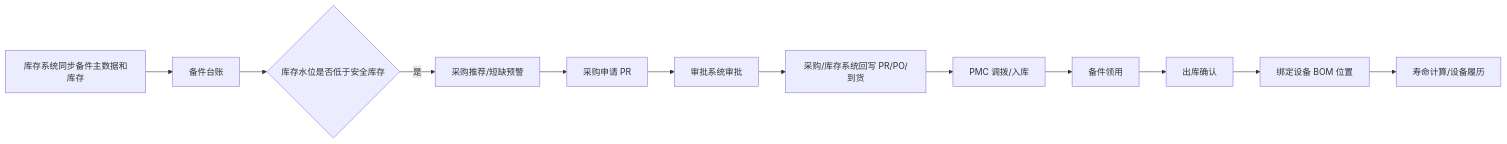
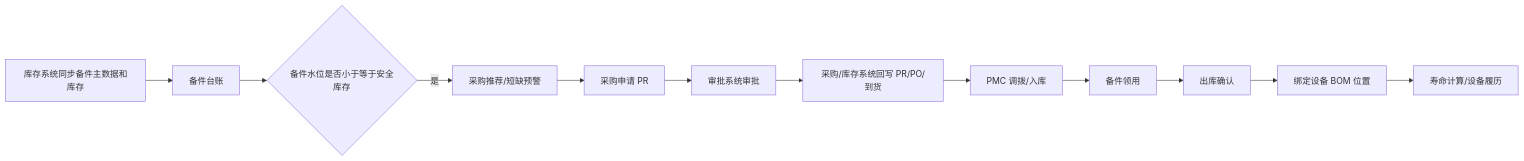
Before and after one commit to front-yummy/equipment-management-standard: the diagram in 需求分析/05-备件管理.md, drawn with Mermaid. The commit also changed other lines of this file, not shown here.

````diff
--- a/需求分析/05-备件管理.md
+++ b/需求分析/05-备件管理.md
@@ -27,14 +27,14 @@
 ```mermaid
 flowchart LR
     A[库存系统同步备件主数据和库存] --> B[备件台账]
-    B --> C{库存水位是否低于安全库存}
+    B --> C{备件水位是否小于等于安全库存}
     C -->|是| D[采购推荐/短缺预警]
     D --> E[采购申请 PR]
     E --> F[审批系统审批]
     F --> G[采购/库存系统回写 PR/PO/到货]
     G --> H[PMC 调拨/入库]
     H --> I[备件领用]
     I --> J[出库确认]
     J --> K[绑定设备 BOM 位置]
     K --> L[寿命计算/设备履历]
 ```
````
